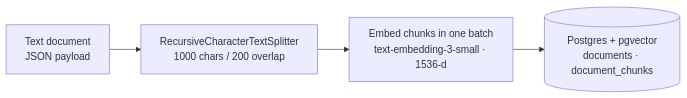
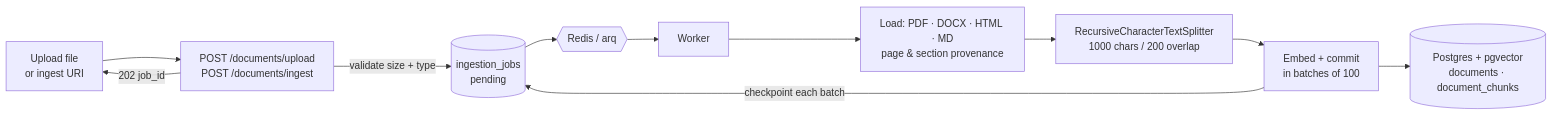
The first of 3 diagrams in README.md (lumaher-ai/production-rag-system), drawn with Mermaid before and after one commit. The commit also changed other lines of this file and 9 other files, not shown here.

Commit message:
feat:  rescue a job whose worker was killed

````diff
--- a/README.md
+++ b/README.md
@@ -44,6 +44,13 @@
 ```mermaid
 flowchart LR
-    A[Text document<br/>JSON payload] --> B[RecursiveCharacterTextSplitter<br/>1000 chars / 200 overlap]
-    B --> C[Embed chunks in one batch<br/>text-embedding-3-small · 1536-d]
+    U[Upload file<br/>or ingest URI] --> API[POST /documents/upload<br/>POST /documents/ingest]
+    API -->|"validate size + type"| JOB[(ingestion_jobs<br/>pending)]
+    API -->|202 job_id| U
+    JOB --> Q{{Redis / arq}}
+    Q --> W[Worker]
+    W --> L[Load: PDF · DOCX · HTML · MD<br/>page &amp; section provenance]
+    L --> B[RecursiveCharacterTextSplitter<br/>1000 chars / 200 overlap]
+    B --> C[Embed + commit<br/>in batches of 100]
+    C -->|checkpoint each batch| JOB
     C --> D[(Postgres + pgvector<br/>documents · document_chunks)]
 ```
````
